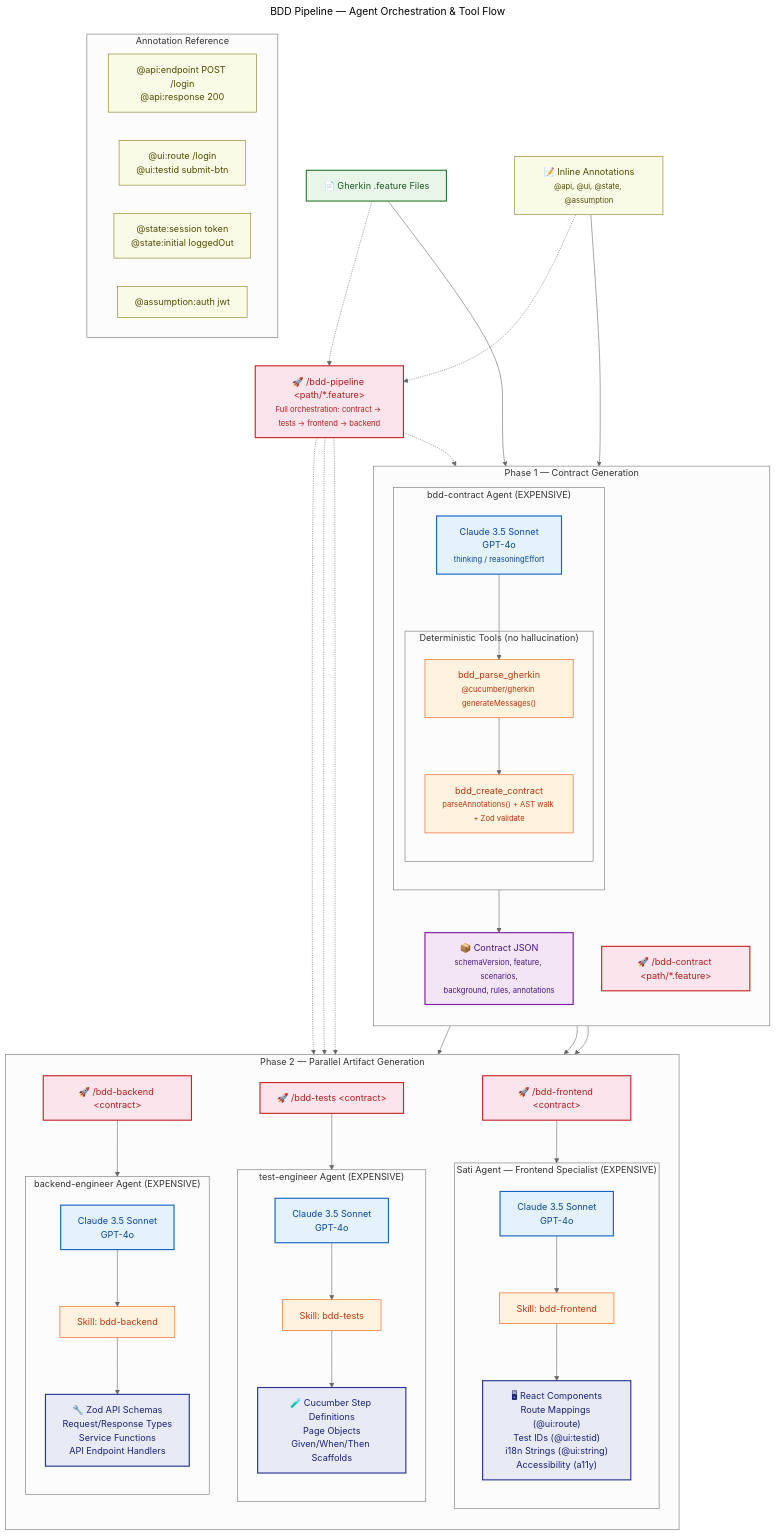
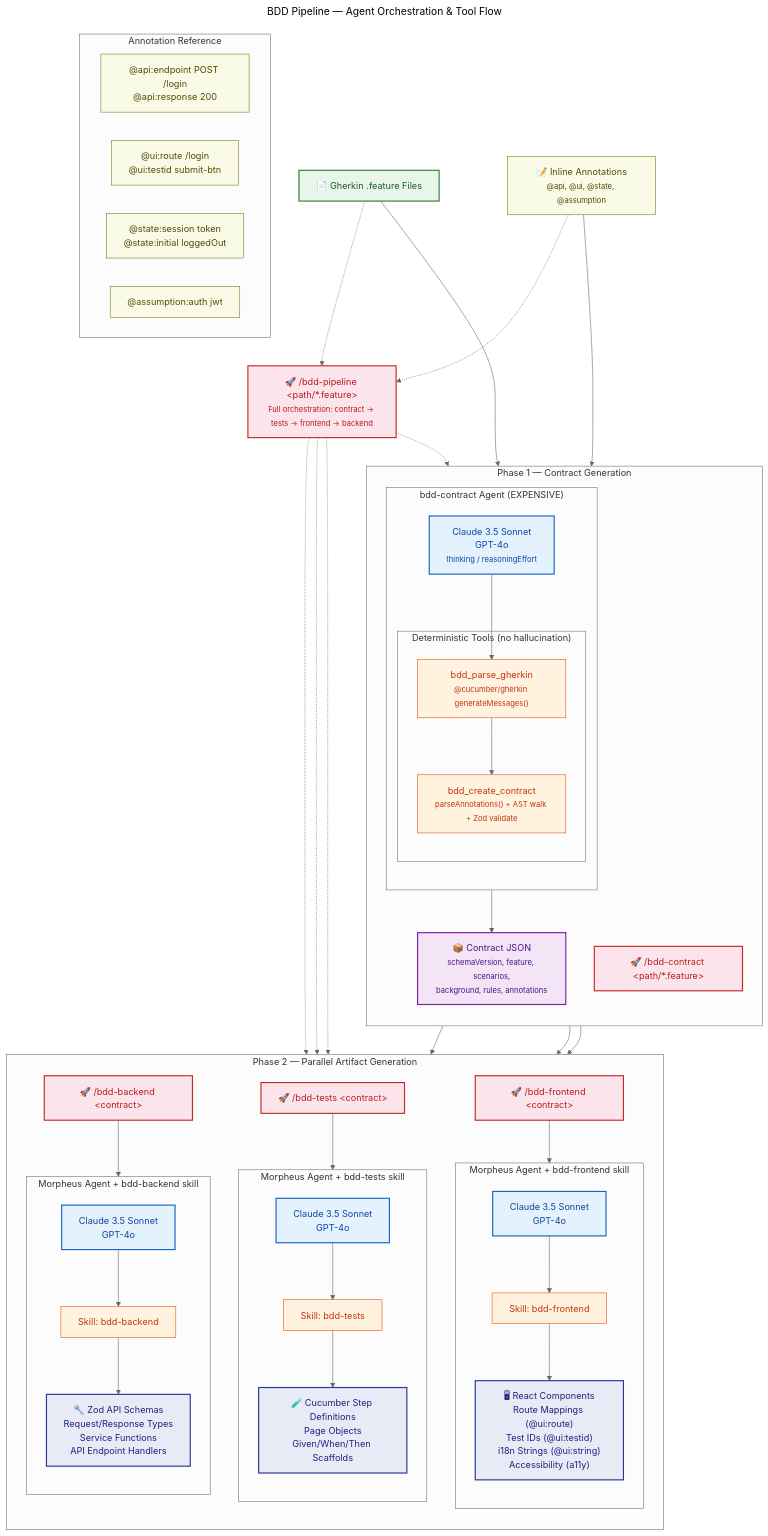
Before and after one commit to klpanagi/opencode-matrixx: the diagram in docs/BDD_PIPELINE_MERMAID.md, drawn with Mermaid (neutral theme). The commit also changed other lines of this file and 1 other file, not shown here.

Commit message:
docs(bdd): update BDD_PIPELINE docs to reflect Morpheus consolidation
Update BDD_PIPELINE.md and BDD_PIPELINE_MERMAID.md to describe the
new architecture where Morpheus (with the bdd-tests, bdd-frontend,
and bdd-backend skills) handles the three generative phases of the
BDD pipeline. The dedicated backend-engineer and test-engineer
agents have been removed; only the bdd-contract agent remains as a
separate specialist.

```diff
--- a/docs/BDD_PIPELINE_MERMAID.md
+++ b/docs/BDD_PIPELINE_MERMAID.md
@@ -51,7 +51,7 @@
         CmdFrontend["🚀 /bdd-frontend &lt;contract&gt;"]:::cmd
         CmdBackend["🚀 /bdd-backend &lt;contract&gt;"]:::cmd
 
-        subgraph Agent2["test-engineer Agent (EXPENSIVE)"]
+        subgraph Agent2["Morpheus Agent + bdd-tests skill"]
             direction TB
             A2_Model["Claude 3.5 Sonnet<br/>GPT-4o"]:::agent
             A2_Skill["Skill: bdd-tests"]:::tool
@@ -59,7 +59,7 @@
             A2_Model --> A2_Skill --> A2_Output
         end
 
-        subgraph Agent3["Sati Agent — Frontend Specialist (EXPENSIVE)"]
+        subgraph Agent3["Morpheus Agent + bdd-frontend skill"]
             direction TB
             A3_Model["Claude 3.5 Sonnet<br/>GPT-4o"]:::agent
             A3_Skill["Skill: bdd-frontend"]:::tool
@@ -67,7 +67,7 @@
             A3_Model --> A3_Skill --> A3_Output
         end
 
-        subgraph Agent4["backend-engineer Agent (EXPENSIVE)"]
+        subgraph Agent4["Morpheus Agent + bdd-backend skill"]
             direction TB
             A4_Model["Claude 3.5 Sonnet<br/>GPT-4o"]:::agent
             A4_Skill["Skill: bdd-backend"]:::tool
```
